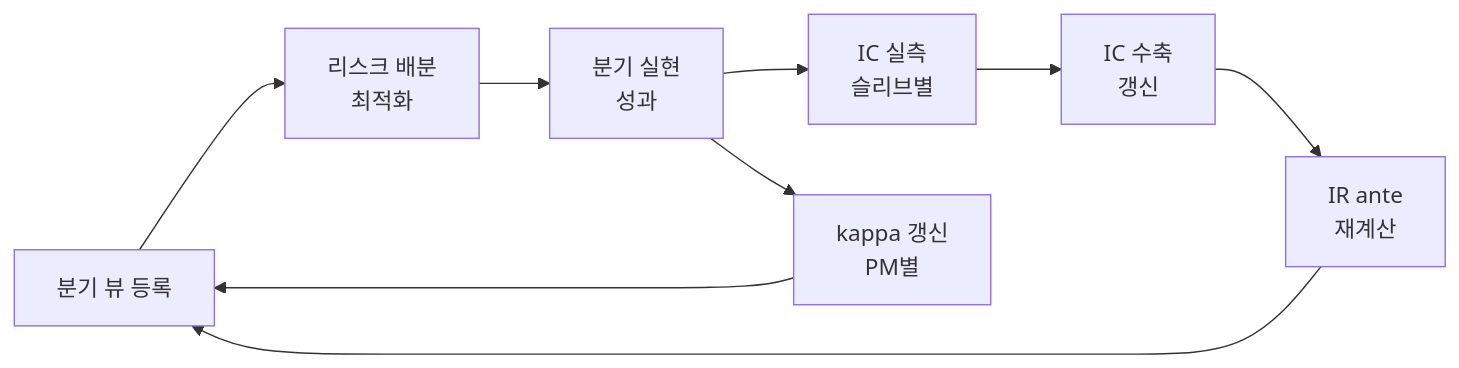
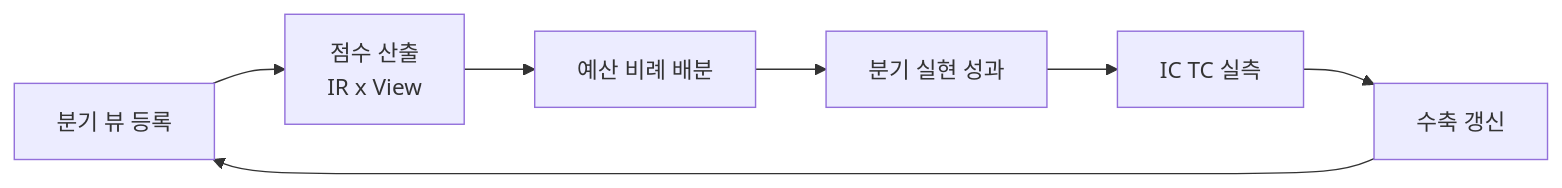
Before and after one commit to keerhee/active-risk-budgeting: the diagram in notes/Risk_Budgeting_IC_Framework.md, drawn with Mermaid. The commit also changed other lines of this file and 5 other files, not shown here.

````diff
--- a/notes/Risk_Budgeting_IC_Framework.md
+++ b/notes/Risk_Budgeting_IC_Framework.md
@@ -375,11 +391,9 @@
 ```mermaid
 flowchart LR
-  A[분기 뷰 등록] --> B[리스크 배분<br/>최적화]
-  B --> C[분기 실현<br/>성과]
-  C --> D[IC 실측<br/>슬리브별]
-  D --> E[IC 수축<br/>갱신]
-  E --> F[IR ante<br/>재계산]
+  A[분기 뷰 등록] --> B[점수 산출<br/>IR x View]
+  B --> C[예산 비례 배분]
+  C --> D[분기 실현 성과]
+  D --> E[IC TC 실측]
+  E --> F[수축 갱신]
   F --> A
-  C --> G[kappa 갱신<br/>PM별]
-  G --> A
 ```
````
